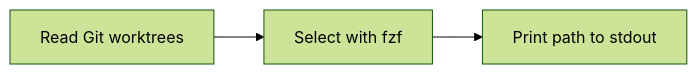
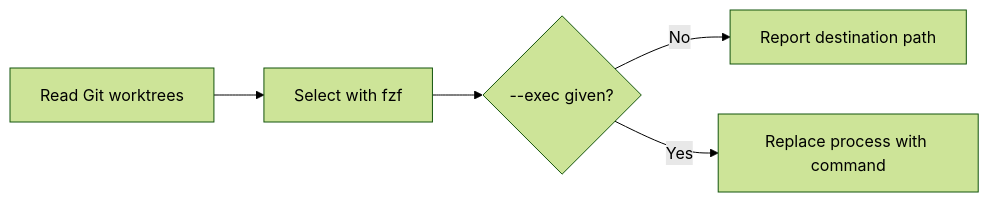
One commit to shoutcape/TreeMan changed the third of 4 diagrams in docs/architecture/lifecycles.md. Above: the diagram before and after it, drawn with Mermaid (forest theme). The commit also changed other lines of this file and 25 other files, not shown here.

First line of the commit message:
feat(exec): run a command in the worktree that was just made ready (#78)

````diff
--- a/docs/architecture/lifecycles.md
+++ b/docs/architecture/lifecycles.md
@@ -41,5 +43,7 @@
 ```mermaid
 flowchart LR
     A[Read Git worktrees] --> B[Select with fzf]
-    B --> C[Print path to stdout]
+    B --> C{--exec given?}
+    C -->|No| D[Report destination path]
+    C -->|Yes| E[Replace process with command]
 ```
````
